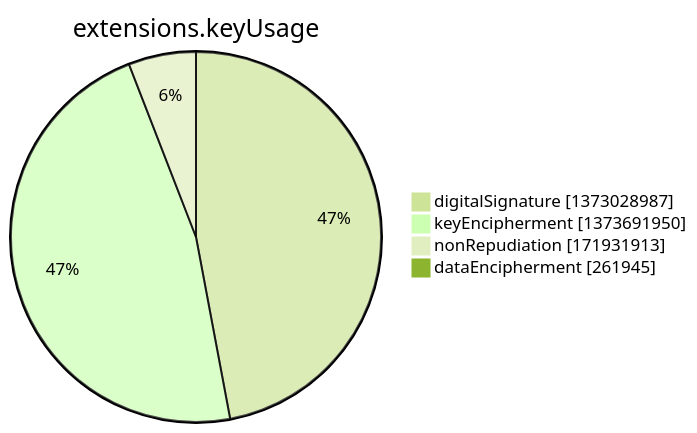
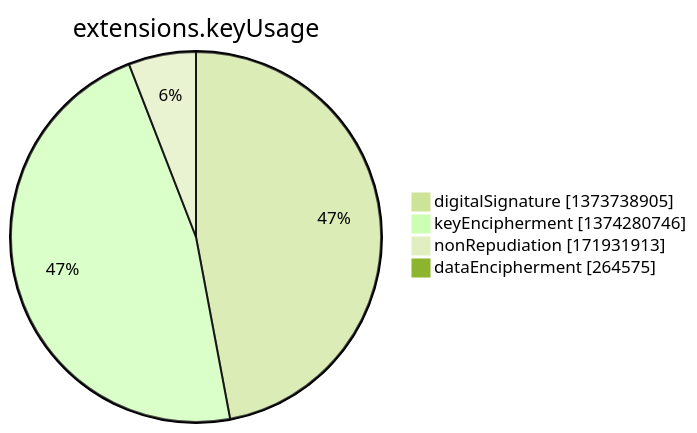
The seventh of 15 diagrams in argon2022/README.md (christiankrug/ctmonitor_visualization), drawn with Mermaid (forest theme) before and after one commit. The commit also changed other lines of this file, not shown here.

````diff
--- a/argon2022/README.md
+++ b/argon2022/README.md
@@ -2751,8 +2751,8 @@
 ```mermaid
 pie showData
 title extensions.keyUsage
-"digitalSignature" :1373028987
-"keyEncipherment" :1373691950
+"digitalSignature" :1373738905
+"keyEncipherment" :1374280746
 "nonRepudiation" :171931913
-"dataEncipherment" :261945
+"dataEncipherment" :264575
 ```
````
